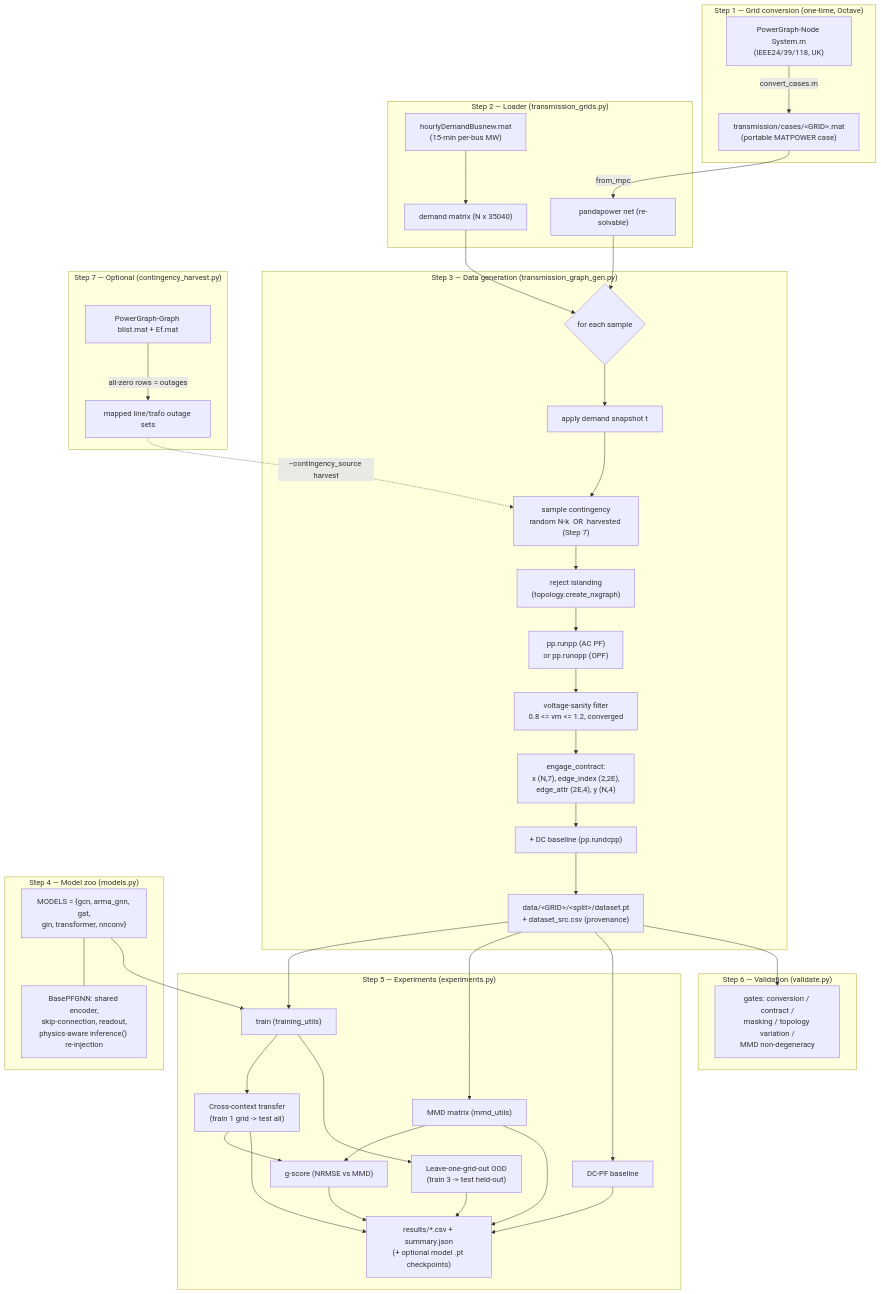
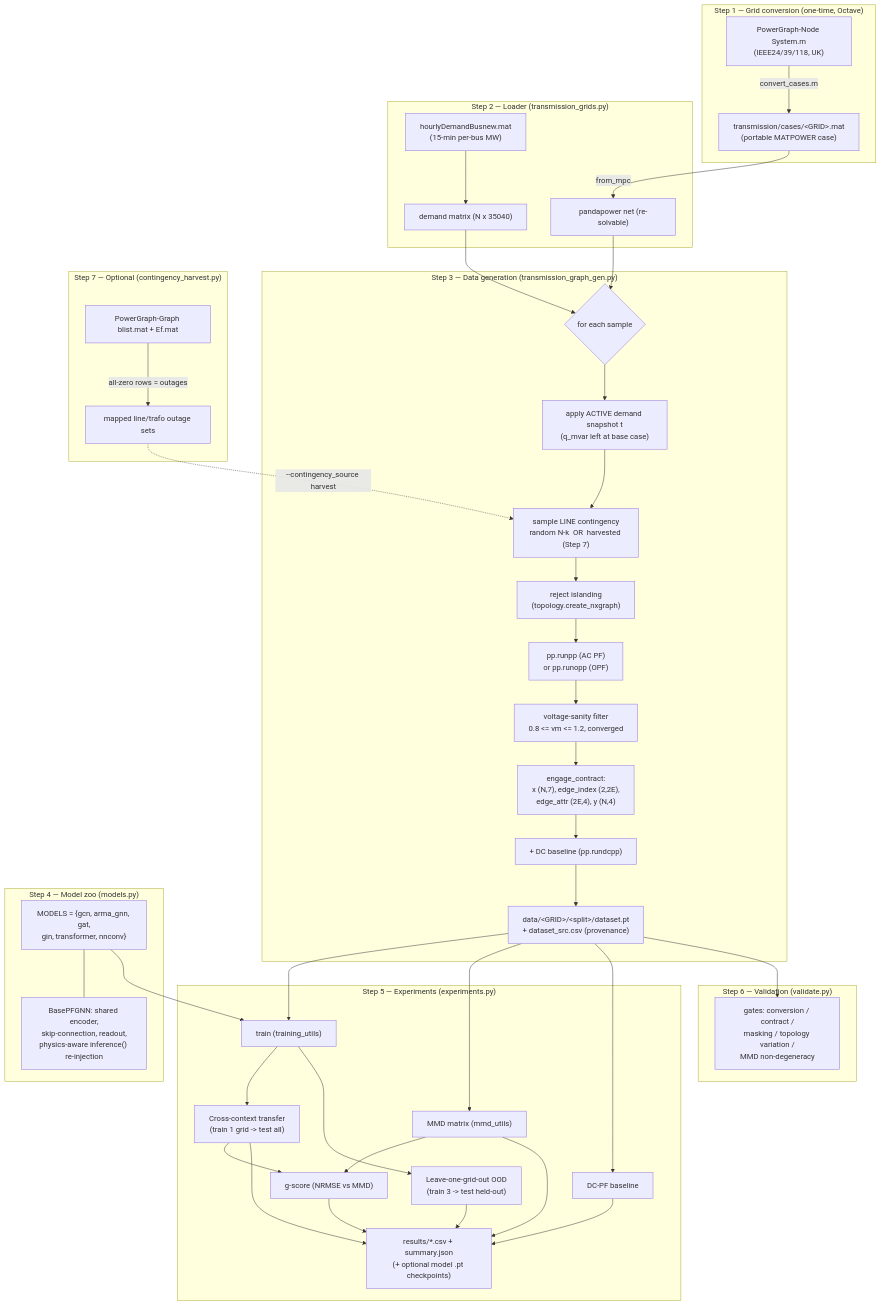
Before and after one commit to Davjes15/eval_gnn_generalization_pg: the diagram in docs/Pipeline_Report.md, drawn with Mermaid. The commit also changed other lines of this file and 7 other files, not shown here.

````diff
--- a/docs/Pipeline_Report.md
+++ b/docs/Pipeline_Report.md
@@ -33,55 +45,55 @@
 ```mermaid
 flowchart TD
     subgraph S1["Step 1 — Grid conversion (one-time, Octave)"]
         A1["PowerGraph-Node System.m<br/>(IEEE24/39/118, UK)"] -->|convert_cases.m| A2["transmission/cases/&lt;GRID&gt;.mat<br/>(portable MATPOWER case)"]
     end
 
     subgraph S2["Step 2 — Loader (transmission_grids.py)"]
         A2 -->|from_mpc| B1["pandapower net (re-solvable)"]
         A3["hourlyDemandBusnew.mat<br/>(15-min per-bus MW)"] --> B2["demand matrix (N x 35040)"]
     end
 
     subgraph S3["Step 3 — Data generation (transmission_graph_gen.py)"]
         B1 --> C1{"for each sample"}
         B2 --> C1
-        C1 --> C2["apply demand snapshot t"]
-        C2 --> C3["sample contingency<br/>random N-k  OR  harvested (Step 7)"]
+        C1 --> C2["apply ACTIVE demand snapshot t<br/>(q_mvar left at base case)"]
+        C2 --> C3["sample LINE contingency<br/>random N-k  OR  harvested (Step 7)"]
         C3 --> C4["reject islanding<br/>(topology.create_nxgraph)"]
         C4 --> C5["pp.runpp (AC PF)<br/>or pp.runopp (OPF)"]
         C5 --> C6["voltage-sanity filter<br/>0.8 <= vm <= 1.2, converged"]
         C6 --> C7["engage_contract:<br/>x (N,7), edge_index (2,2E),<br/>edge_attr (2E,4), y (N,4)"]
         C7 --> C8["+ DC baseline (pp.rundcpp)"]
         C8 --> C9["data/&lt;GRID&gt;/&lt;split&gt;/dataset.pt<br/>+ dataset_src.csv (provenance)"]
     end
 
     subgraph S4["Step 4 — Model zoo (models.py)"]
         D1["MODELS = {gcn, arma_gnn, gat,<br/>gin, transformer, nnconv}"]
         D2["BasePFGNN: shared encoder,<br/>skip-connection, readout,<br/>physics-aware inference() re-injection"]
         D1 --- D2
     end
 
     subgraph S5["Step 5 — Experiments (experiments.py)"]
         C9 --> E1["train (training_utils)"]
         D1 --> E1
         E1 --> E2["Cross-context transfer<br/>(train 1 grid -> test all)"]
         E1 --> E3["Leave-one-grid-out OOD<br/>(train 3 -> test held-out)"]
         C9 --> E4["MMD matrix (mmd_utils)"]
         C9 --> E5["DC-PF baseline"]
         E2 --> E6["g-score (NRMSE vs MMD)"]
         E4 --> E6
         E2 --> E7["results/*.csv + summary.json<br/>(+ optional model .pt checkpoints)"]
         E3 --> E7
         E4 --> E7
         E5 --> E7
         E6 --> E7
     end
 
     subgraph S6["Step 6 — Validation (validate.py)"]
         C9 --> F1["gates: conversion / contract /<br/>masking / topology variation /<br/>MMD non-degeneracy"]
     end
 
     subgraph S7["Step 7 — Optional (contingency_harvest.py)"]
         G1["PowerGraph-Graph blist.mat + Ef.mat"] -->|all-zero rows = outages| G2["mapped line/trafo outage sets"]
         G2 -.->|--contingency_source harvest| C3
     end
 ```
````
